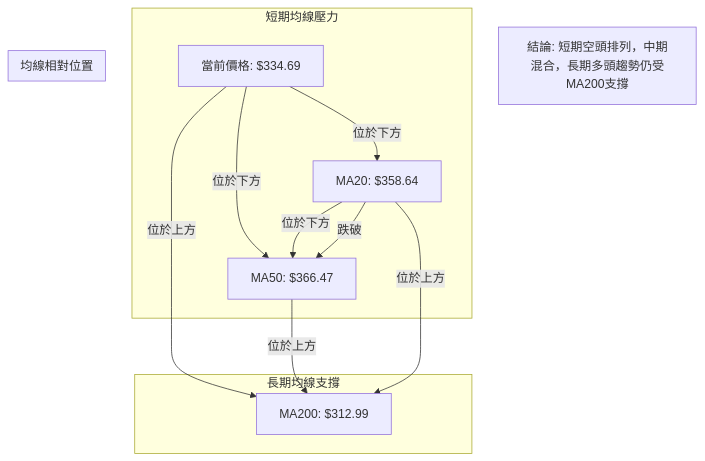
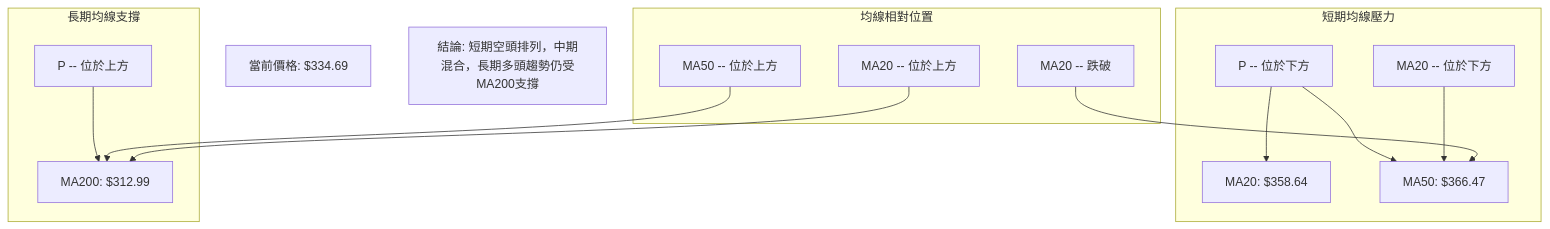
The sixth of 10 diagrams in ai_gen_report/stock/goog/technical_analysis_2026-06-27_gemini-2.md (yennanliu/finance_data), drawn with Mermaid before and after one commit. The commit also changed other lines of this file and 2258 other files, not shown here.

First line of the commit message:
chore: backfill Mermaid syntax repair across existing reports

````diff
--- a/ai_gen_report/stock/goog/technical_analysis_2026-06-27_gemini-2.md
+++ b/ai_gen_report/stock/goog/technical_analysis_2026-06-27_gemini-2.md
@@ -440,25 +440,25 @@
 ```mermaid
 graph TD
-    P[當前價格: $334.69]
+    P["當前價格: $334.69"]
 
     subgraph 短期均線壓力
-        MA20[MA20: $358.64]
-        MA50[MA50: $366.47]
-        P -- 位於下方 --> MA20
-        P -- 位於下方 --> MA50
-        MA20 -- 位於下方 --> MA50
+        MA20["MA20: $358.64"]
+        MA50["MA50: $366.47"]
+        nb1["P -- 位於下方"] --> MA20
+        nb1["P -- 位於下方"] --> MA50
+        nb2["MA20 -- 位於下方"] --> MA50
     end
 
     subgraph 長期均線支撐
-        MA200[MA200: $312.99]
-        P -- 位於上方 --> MA200
+        MA200["MA200: $312.99"]
+        nb3["P -- 位於上方"] --> MA200
     end
 
     subgraph 均線相對位置
-        MA20 -- 跌破 --> MA50
-        MA50 -- 位於上方 --> MA200
-        MA20 -- 位於上方 --> MA200
+        nb4["MA20 -- 跌破"] --> MA50
+        nb5["MA50 -- 位於上方"] --> MA200
+        nb6["MA20 -- 位於上方"] --> MA200
     end
 
-    C[結論: 短期空頭排列，中期混合，長期多頭趨勢仍受MA200支撐]
+    C["結論: 短期空頭排列，中期混合，長期多頭趨勢仍受MA200支撐"]
 ```
````
